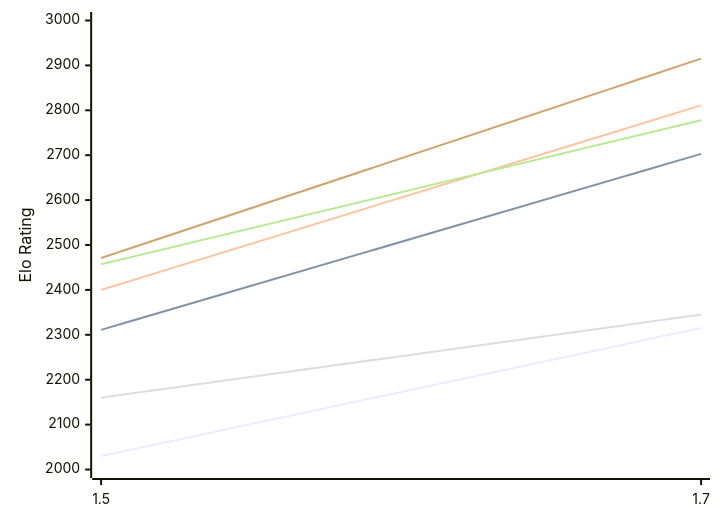
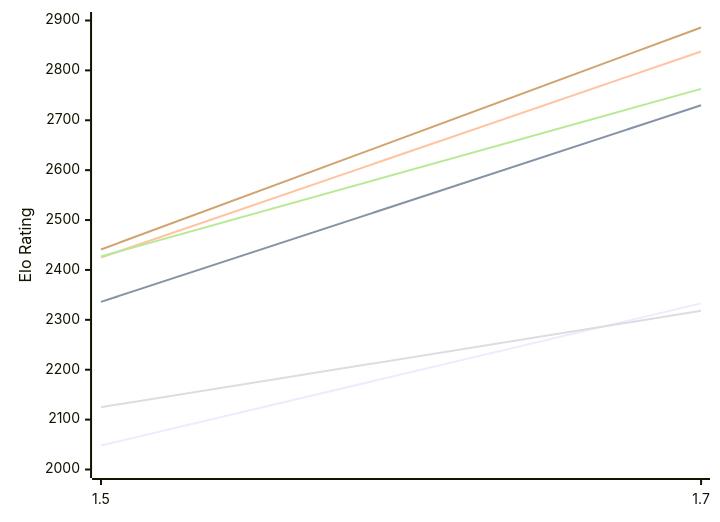
The first of 2 diagrams in engines/Facon.md (computer-chess-index/cci), drawn with Mermaid before and after one commit. The commit also changed other lines of this file, not shown here.

Commit message:
Update CCI Ratings (ELO VLTC) - 2026-10-19

````diff
--- a/engines/Facon.md
+++ b/engines/Facon.md
@@ -52,12 +52,12 @@
 ```mermaid
 %%{init: {"theme":"base","themeVariables":{"seriesColors:['#a3a3a3','#222221','#faa371']}}}%%
 xychart-beta
   x-axis ["1.5", "1.7"]
-  y-axis "Elo Rating" 2000 --> 3000
-  line "E1: STC (8.0+0.08s)" [2030, 2315]
-  line "E1: LTC (60.0+0.60s)" [2311, 2703]
-  line "E1: VLTC (2m24s+1.12s)" [2400, 2811]
-  line "P1: STC (8.0+0.08s)" [2160, 2345]
-  line "P1: LTC (60.0+0.60s)" [2457, 2778]
-  line "P1: VLTC (2m24s+1.12s)" [2471, 2915]
+  y-axis "Elo Rating" 2000 --> 2900
+  line "E1: STC (8.0+0.08s)" [2048, 2333]
+  line "E1: LTC (60.0+0.60s)" [2336, 2730]
+  line "E1: VLTC (2m24s+1.12s)" [2425, 2838]
+  line "P1: STC (8.0+0.08s)" [2125, 2318]
+  line "P1: LTC (60.0+0.60s)" [2427, 2763]
+  line "P1: VLTC (2m24s+1.12s)" [2441, 2886]
 ```
````
